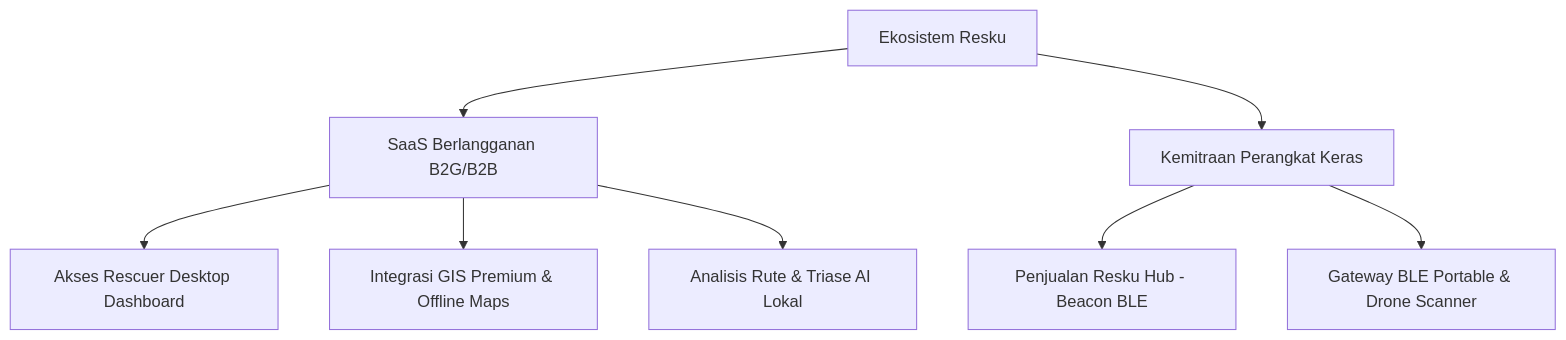
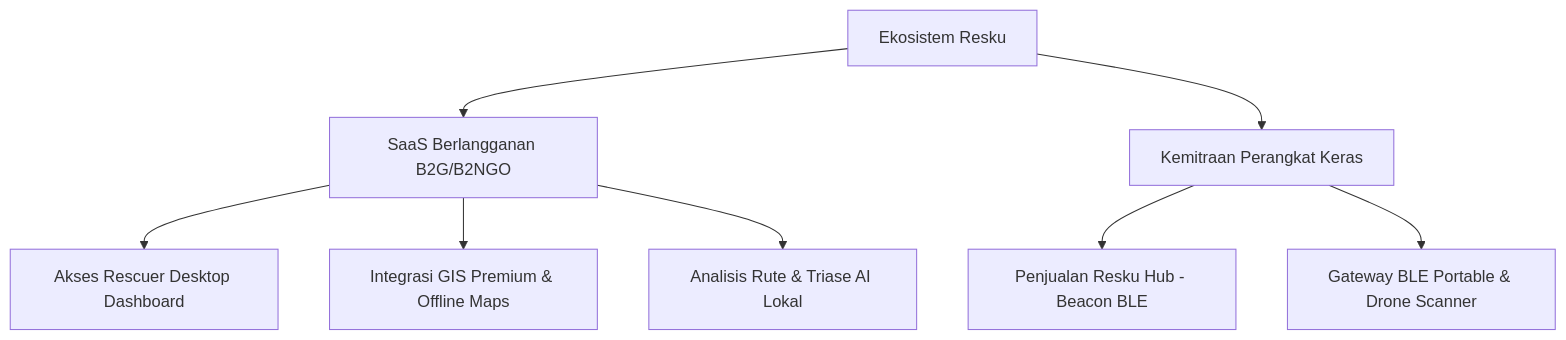
One commit to RaditAtalla/resku changed the diagram in BRD.md. Above: the diagram before and after it, drawn with Mermaid. The commit also changed other lines of this file and 1 other file, not shown here.

Commit message:
fix: replace all B2B references with B2NGO in BRD and Slide 10 of pitch deck to align with business model focus

````diff
--- a/BRD.md
+++ b/BRD.md
@@ -51,10 +51,10 @@
 ```mermaid
 graph TD
-    A[Ekosistem Resku] --> B[SaaS Berlangganan B2G/B2B]
+    A[Ekosistem Resku] --> B[SaaS Berlangganan B2G/B2NGO]
     A --> C[Kemitraan Perangkat Keras]
     B --> B1[Akses Rescuer Desktop Dashboard]
     B --> B2[Integrasi GIS Premium & Offline Maps]
     B --> B3[Analisis Rute & Triase AI Lokal]
     C --> C1[Penjualan Resku Hub - Beacon BLE]
     C --> C2[Gateway BLE Portable & Drone Scanner]
 ```
````
